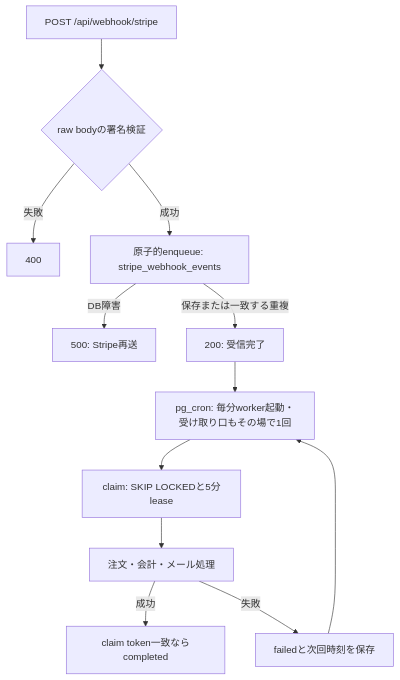
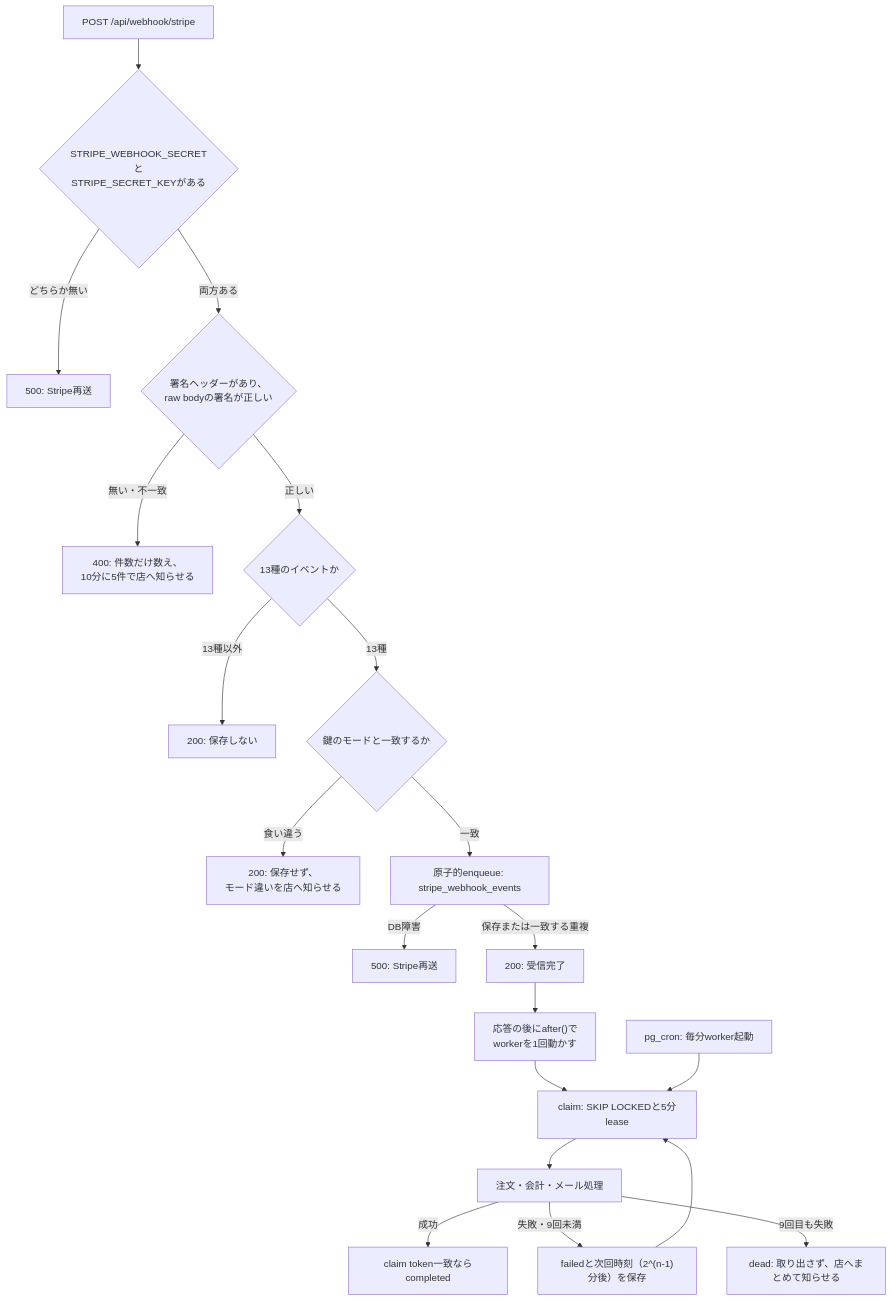
The first of 3 diagrams in docs/04_DetailDesign/pages/13_checkout.md (ChocoWork/o_official), drawn with Mermaid before and after one commit. The commit also changed other lines of this file and 8 other files, not shown here.

````diff
--- a/docs/04_DetailDesign/pages/13_checkout.md
+++ b/docs/04_DetailDesign/pages/13_checkout.md
@@ -151,14 +151,22 @@
 ```mermaid
 flowchart TD
-  A[POST /api/webhook/stripe] --> B{raw bodyの署名検証}
-  B -- 失敗 --> C[400]
-  B -- 成功 --> D[原子的enqueue: stripe_webhook_events]
-  D -- DB障害 --> E[500: Stripe再送]
-  D -- 保存または一致する重複 --> F[200: 受信完了]
-  F --> G[pg_cron: 毎分worker起動・受け取り口もその場で1回]
-  G --> H[claim: SKIP LOCKEDと5分lease]
-  H --> I[注文・会計・メール処理]
-  I -- 成功 --> J[claim token一致ならcompleted]
-  I -- 失敗 --> K[failedと次回時刻を保存]
-  K --> G
+  A["POST /api/webhook/stripe"] --> S{"STRIPE_WEBHOOK_SECRETと<br/>STRIPE_SECRET_KEYがある"}
+  S -- どちらか無い --> S1["500: Stripe再送"]
+  S -- 両方ある --> B{"署名ヘッダーがあり、<br/>raw bodyの署名が正しい"}
+  B -- 無い・不一致 --> C["400: 件数だけ数え、<br/>10分に5件で店へ知らせる"]
+  B -- 正しい --> T{"13種のイベントか"}
+  T -- 13種以外 --> T1["200: 保存しない"]
+  T -- 13種 --> M{"鍵のモードと一致するか"}
+  M -- 食い違う --> M1["200: 保存せず、<br/>モード違いを店へ知らせる"]
+  M -- 一致 --> D["原子的enqueue: stripe_webhook_events"]
+  D -- DB障害 --> E["500: Stripe再送"]
+  D -- 保存または一致する重複 --> F["200: 受信完了"]
+  F --> F1["応答の後にafter()で<br/>workerを1回動かす"]
+  F1 --> H["claim: SKIP LOCKEDと5分lease"]
+  G["pg_cron: 毎分worker起動"] --> H
+  H --> I["注文・会計・メール処理"]
+  I -- 成功 --> J["claim token一致ならcompleted"]
+  I -- 失敗・9回未満 --> K["failedと次回時刻（2^(n-1)分後）を保存"]
+  K --> H
+  I -- 9回目も失敗 --> L["dead: 取り出さず、店へまとめて知らせる"]
 ```
````
